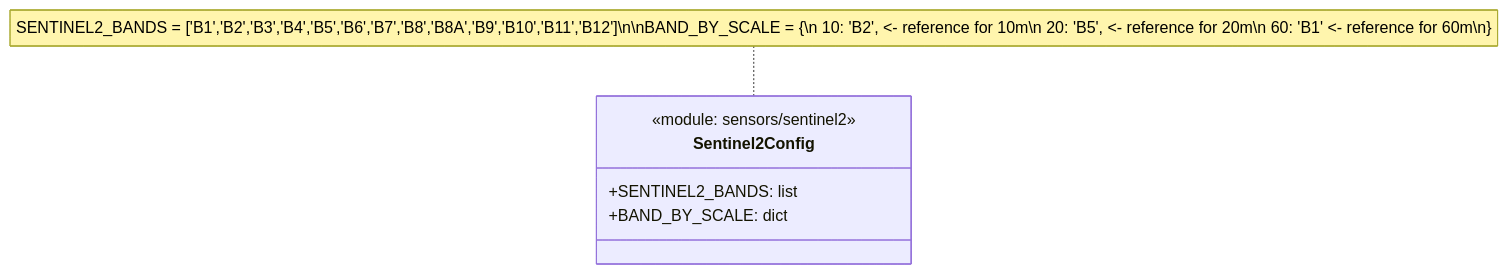
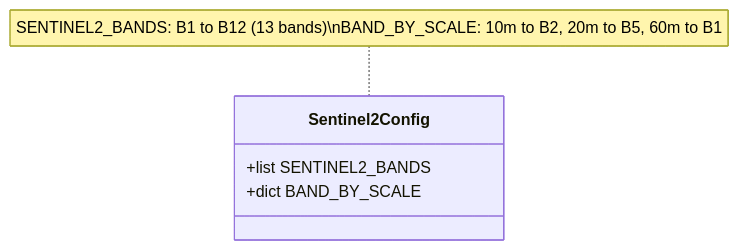
One commit to Aouei/gee_acolite changed the fifth of 6 diagrams in docs/architecture/class_diagram.md. Above: the diagram before and after it, drawn with Mermaid. The commit also changed other lines of this file and 3 other files, not shown here.

Commit message:
FIX error un diagrams

````diff
--- a/docs/architecture/class_diagram.md
+++ b/docs/architecture/class_diagram.md
@@ -233,10 +174,9 @@
 ```mermaid
 classDiagram
     class Sentinel2Config {
-        <<module: sensors/sentinel2>>
-        +SENTINEL2_BANDS: list
-        +BAND_BY_SCALE: dict
+        +list SENTINEL2_BANDS
+        +dict BAND_BY_SCALE
     }
 
-    note for Sentinel2Config "SENTINEL2_BANDS = ['B1','B2','B3','B4','B5','B6','B7','B8','B8A','B9','B10','B11','B12']\n\nBAND_BY_SCALE = {\n  10: 'B2',   <- reference for 10m\n  20: 'B5',   <- reference for 20m\n  60: 'B1'    <- reference for 60m\n}"
+    note for Sentinel2Config "SENTINEL2_BANDS: B1 to B12 (13 bands)\nBAND_BY_SCALE: 10m to B2, 20m to B5, 60m to B1"
 ```
````
